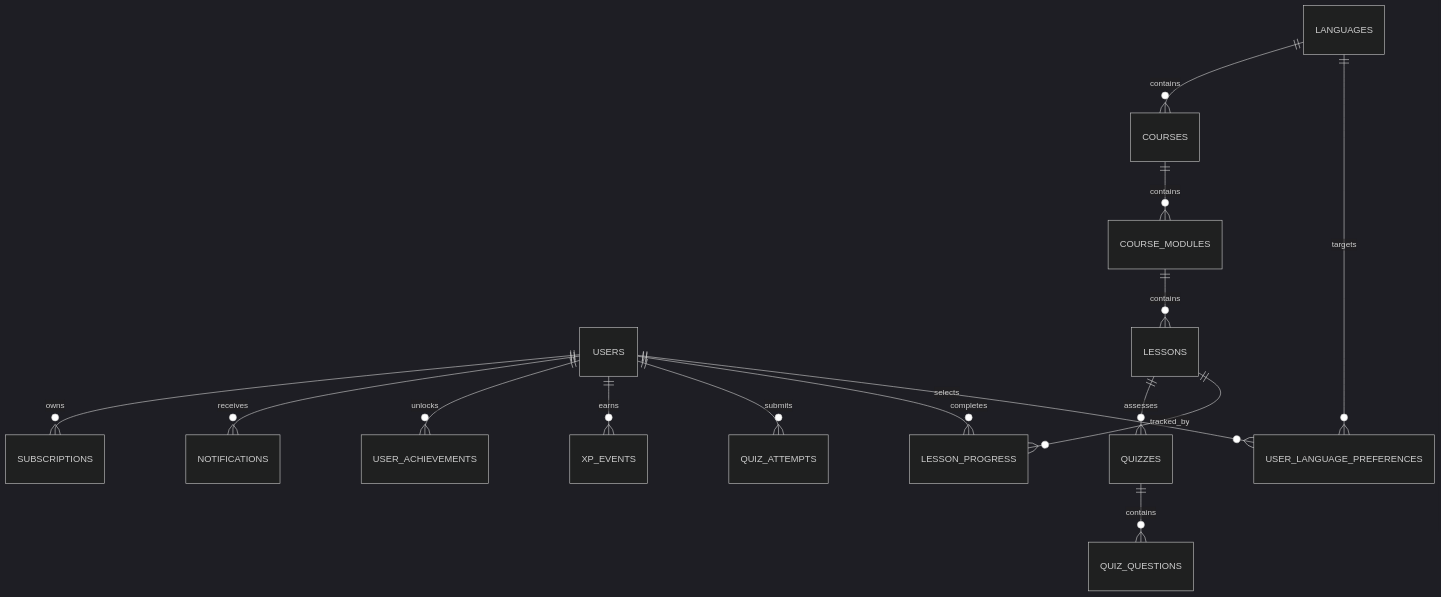
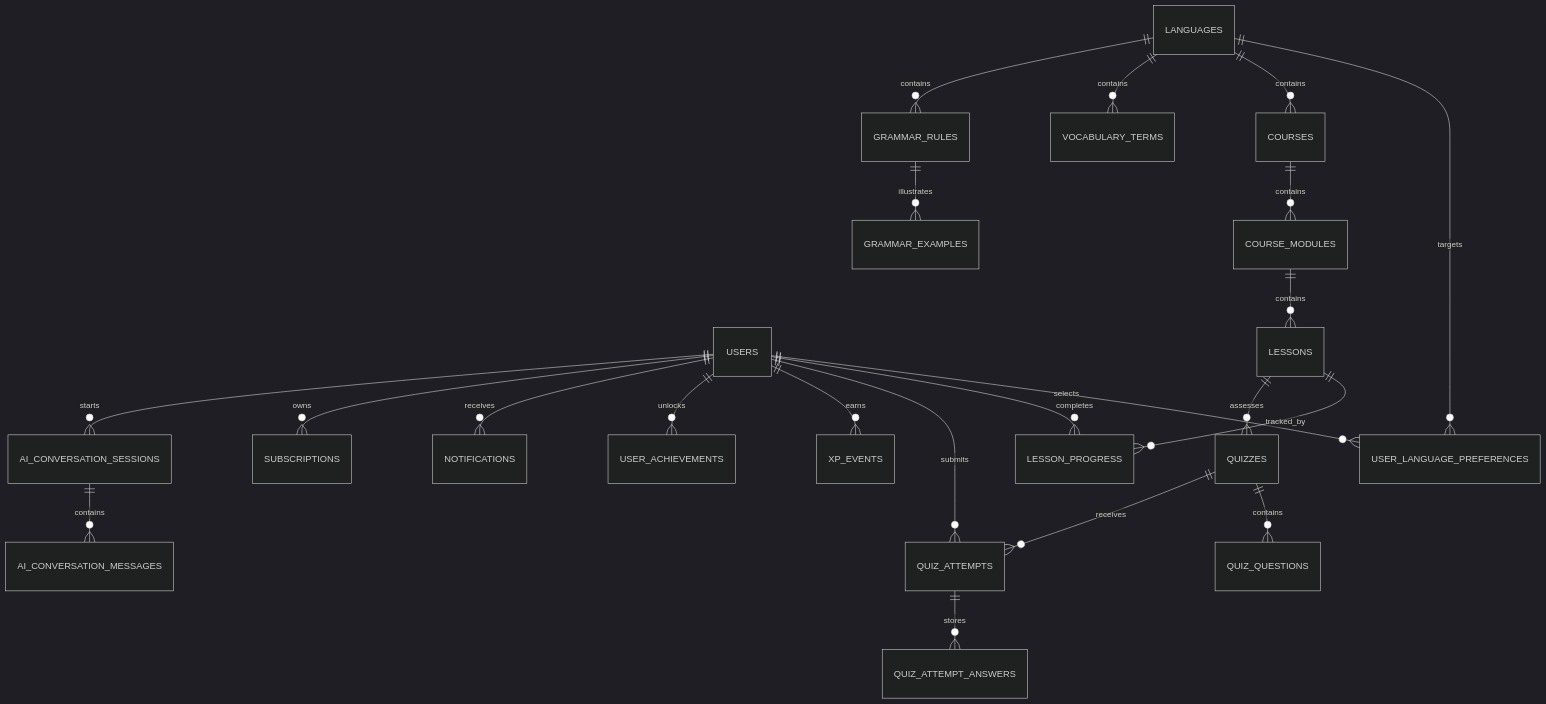
One commit to Bahaa-Elhamouly/fluento changed the diagram in docs/Database.md. Above: the diagram before and after it, drawn with Mermaid (dark theme). The commit also changed other lines of this file and 386 other files, not shown here.

````diff
--- a/docs/Database.md
+++ b/docs/Database.md
@@ -78,17 +231,24 @@
 ```mermaid
 erDiagram
   USERS ||--o{ USER_LANGUAGE_PREFERENCES : selects
   LANGUAGES ||--o{ USER_LANGUAGE_PREFERENCES : targets
   LANGUAGES ||--o{ COURSES : contains
   COURSES ||--o{ COURSE_MODULES : contains
   COURSE_MODULES ||--o{ LESSONS : contains
+  LANGUAGES ||--o{ VOCABULARY_TERMS : contains
+  LANGUAGES ||--o{ GRAMMAR_RULES : contains
+  GRAMMAR_RULES ||--o{ GRAMMAR_EXAMPLES : illustrates
   LESSONS ||--o{ LESSON_PROGRESS : tracked_by
-  USERS ||--o{ LESSON_PROGRESS : completes
   LESSONS ||--o{ QUIZZES : assesses
   QUIZZES ||--o{ QUIZ_QUESTIONS : contains
+  QUIZZES ||--o{ QUIZ_ATTEMPTS : receives
+  QUIZ_ATTEMPTS ||--o{ QUIZ_ATTEMPT_ANSWERS : stores
+  USERS ||--o{ LESSON_PROGRESS : completes
   USERS ||--o{ QUIZ_ATTEMPTS : submits
   USERS ||--o{ XP_EVENTS : earns
   USERS ||--o{ USER_ACHIEVEMENTS : unlocks
   USERS ||--o{ NOTIFICATIONS : receives
   USERS ||--o{ SUBSCRIPTIONS : owns
+  USERS ||--o{ AI_CONVERSATION_SESSIONS : starts
+  AI_CONVERSATION_SESSIONS ||--o{ AI_CONVERSATION_MESSAGES : contains
 ```
````
